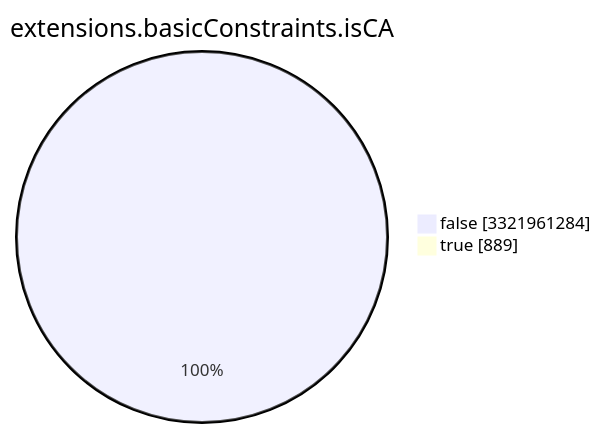
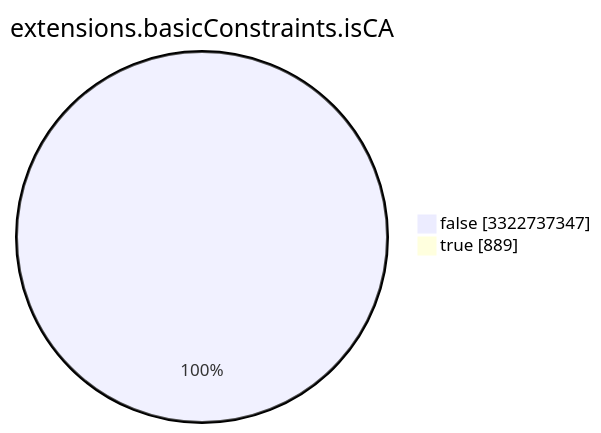
Before and after one commit to christiankrug/ctmonitor_visualization: the seventh of 15 diagrams in TOTAL/README.md, drawn with Mermaid. The commit also changed other lines of this file, not shown here.

````diff
--- a/TOTAL/README.md
+++ b/TOTAL/README.md
@@ -3089,6 +3089,6 @@
 ```mermaid
 pie showData
 title extensions.basicConstraints.isCA
-"false" :3321961284
+"false" :3322737347
 "true" :889
 ```
````
